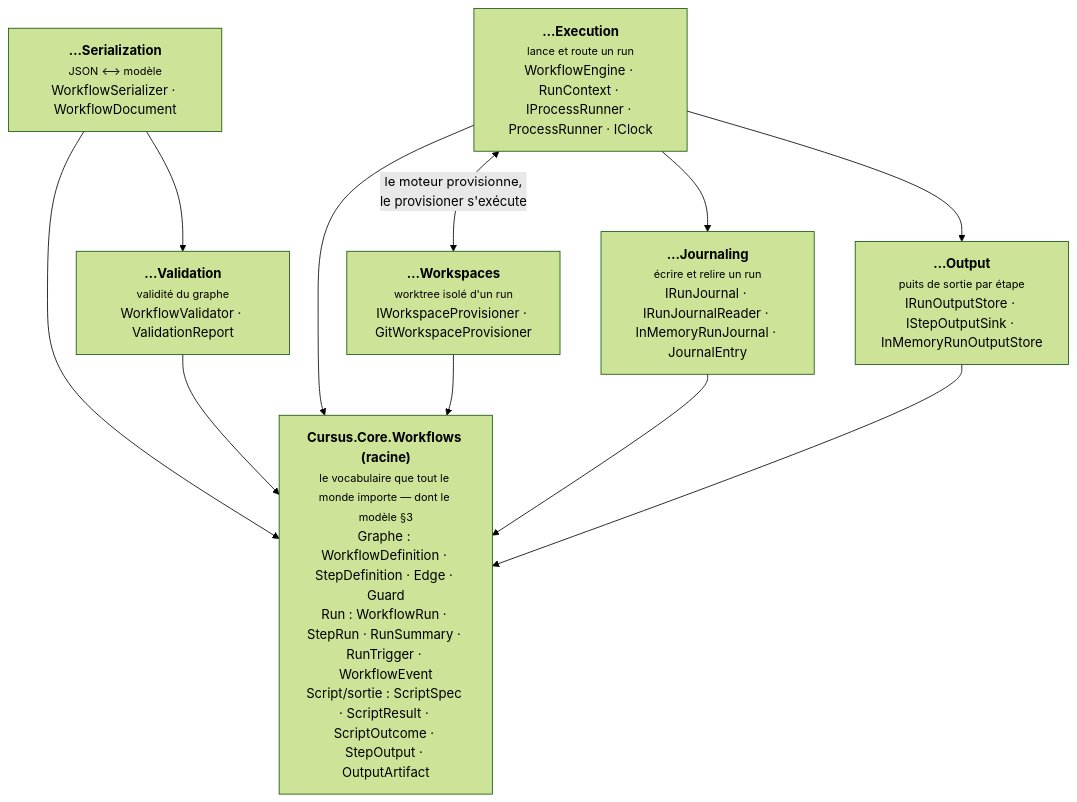
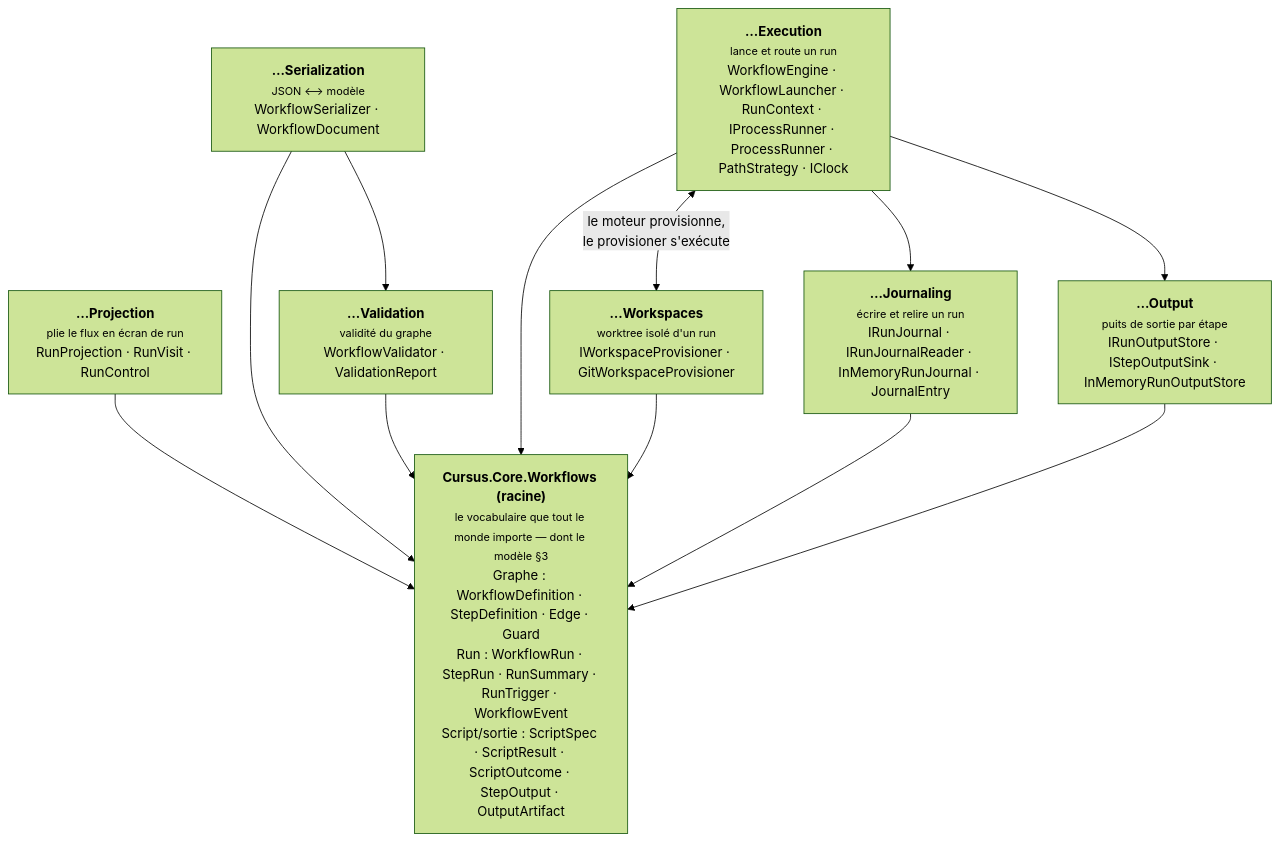
The fifth of 10 diagrams in docs/design/schemas.md (Apemb/Cursus), drawn with Mermaid (forest theme) before and after one commit. The commit also changed other lines of this file and 1 other file, not shown here.

````diff
--- a/docs/design/schemas.md
+++ b/docs/design/schemas.md
@@ -295,22 +295,24 @@
 ```mermaid
 flowchart TB
   root["<b>Cursus.Core.Workflows (racine)</b><br/><small>le vocabulaire que tout le monde importe — dont le modèle §3</small><br/>Graphe : WorkflowDefinition · StepDefinition · Edge · Guard<br/>Run : WorkflowRun · StepRun · RunSummary · RunTrigger · WorkflowEvent<br/>Script/sortie : ScriptSpec · ScriptResult · ScriptOutcome · StepOutput · OutputArtifact"]
 
-  Exec["<b>…Execution</b><br/><small>lance et route un run</small><br/>WorkflowEngine · RunContext · IProcessRunner · ProcessRunner · IClock"]
+  Exec["<b>…Execution</b><br/><small>lance et route un run</small><br/>WorkflowEngine · WorkflowLauncher · RunContext · IProcessRunner · ProcessRunner · PathStrategy · IClock"]
+  Proj["<b>…Projection</b><br/><small>plie le flux en écran de run</small><br/>RunProjection · RunVisit · RunControl"]
   Ser["<b>…Serialization</b><br/><small>JSON ⟷ modèle</small><br/>WorkflowSerializer · WorkflowDocument"]
   Val["<b>…Validation</b><br/><small>validité du graphe</small><br/>WorkflowValidator · ValidationReport"]
   Jou["<b>…Journaling</b><br/><small>écrire et relire un run</small><br/>IRunJournal · IRunJournalReader · InMemoryRunJournal · JournalEntry"]
   Out["<b>…Output</b><br/><small>puits de sortie par étape</small><br/>IRunOutputStore · IStepOutputSink · InMemoryRunOutputStore"]
   Wsp["<b>…Workspaces</b><br/><small>worktree isolé d'un run</small><br/>IWorkspaceProvisioner · GitWorkspaceProvisioner"]
 
   Exec --> root
+  Proj --> root
   Ser --> root
   Val --> root
   Jou --> root
   Out --> root
   Wsp --> root
   Ser --> Val
   Exec <-->|"le moteur provisionne,<br/>le provisioner s'exécute"| Wsp
   Exec --> Jou
   Exec --> Out
 ```
````
